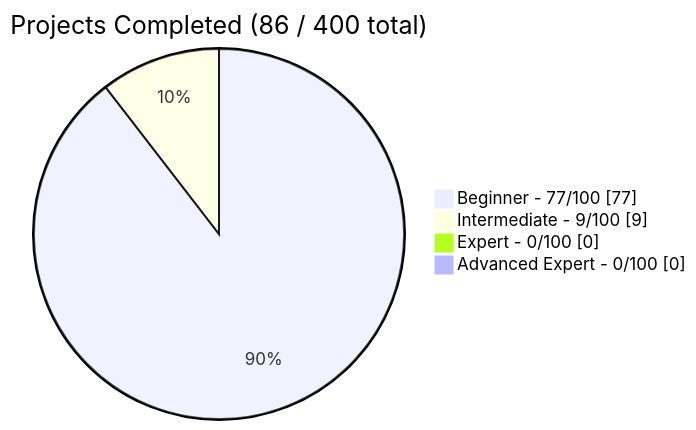
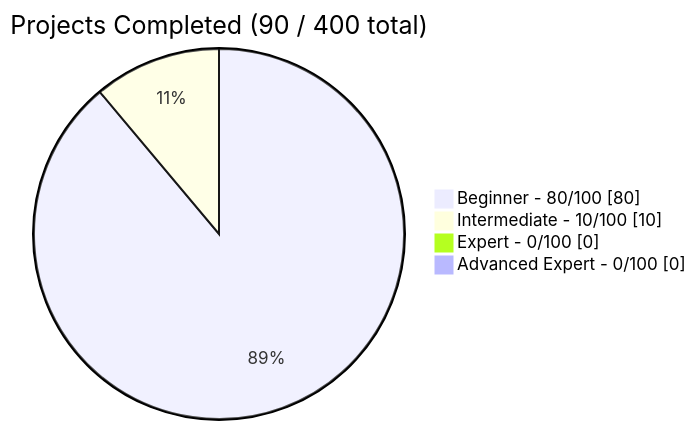
The diagram in README.md (Debanga-06/Code-Odessey), drawn with Mermaid before and after one commit. The commit also changed other lines of this file and 2 other files, not shown here.

````diff
--- a/README.md
+++ b/README.md
@@ -75,8 +75,8 @@
 ```mermaid
 pie showData
-    title Projects Completed (86 / 400 total)
-    "Beginner - 77/100" : 77
-    "Intermediate - 9/100" : 9
+    title Projects Completed (90 / 400 total)
+    "Beginner - 80/100" : 80
+    "Intermediate - 10/100" : 10
     "Expert - 0/100" : 0
     "Advanced Expert - 0/100" : 0
 ```
````
